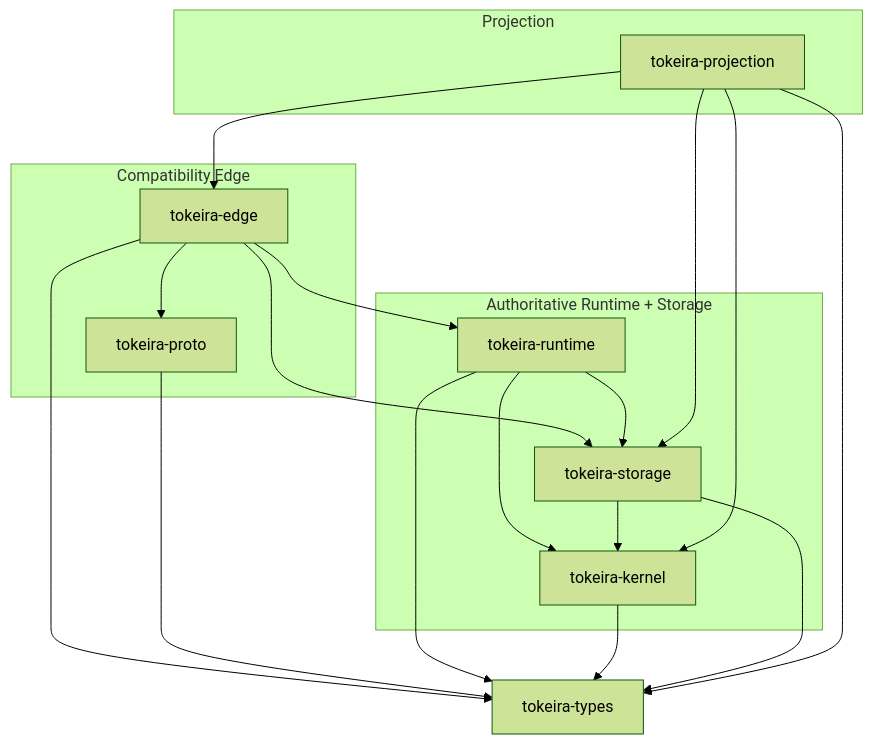
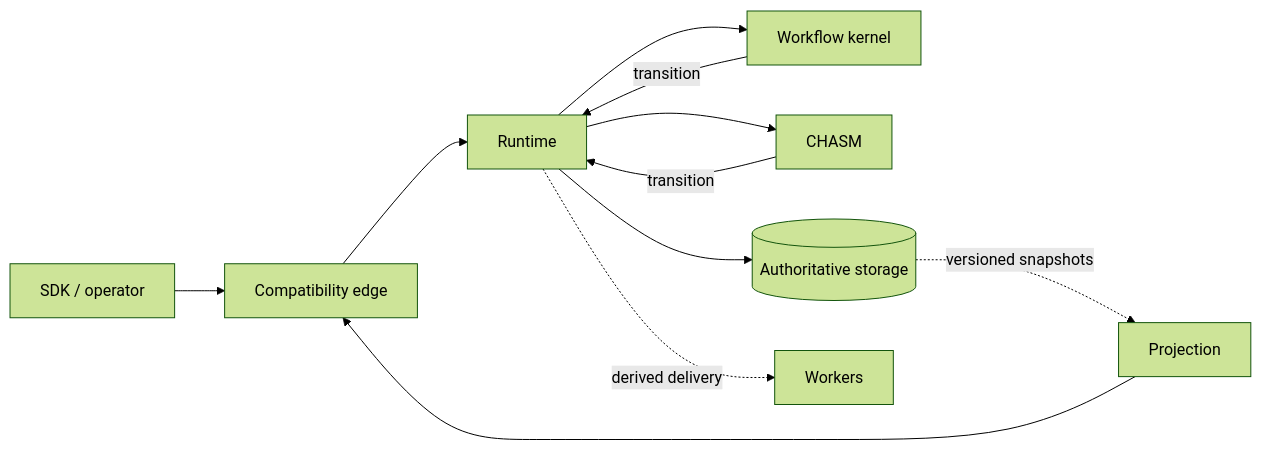
The diagram in docs/crates/README.md (tokeira/tokeira), drawn with Mermaid (forest theme) before and after one commit. The commit also changed other lines of this file and 19 other files, not shown here.

````diff
--- a/docs/crates/README.md
+++ b/docs/crates/README.md
@@ -7,35 +52,13 @@
 ```mermaid
-graph TD
-    subgraph "Compatibility Edge"
-        edge[tokeira-edge]
-        proto[tokeira-proto]
-    end
-
-    subgraph "Authoritative Runtime + Storage"
-        runtime[tokeira-runtime]
-        kernel[tokeira-kernel]
-        storage[tokeira-storage]
-    end
-
-    subgraph "Projection"
-        projection[tokeira-projection]
-    end
-
-    types[tokeira-types]
-
-    edge --> proto
-    edge --> runtime
-    edge --> storage
-    edge --> types
-    proto --> types
-    runtime --> kernel
-    runtime --> storage
-    runtime --> types
-    kernel --> types
-    storage --> kernel
-    storage --> types
-    projection --> edge
-    projection --> kernel
-    projection --> storage
-    projection --> types
+flowchart LR
+    Client[SDK / operator] --> Edge[Compatibility edge]
+    Edge --> Runtime[Runtime]
+    Runtime --> Kernel[Workflow kernel]
+    Runtime --> Chasm[CHASM]
+    Kernel -- transition --> Runtime
+    Chasm -- transition --> Runtime
+    Runtime --> Storage[(Authoritative storage)]
+    Storage -. versioned snapshots .-> Projection[Projection]
+    Runtime -. derived delivery .-> Workers[Workers]
+    Projection --> Edge
 ```
````
